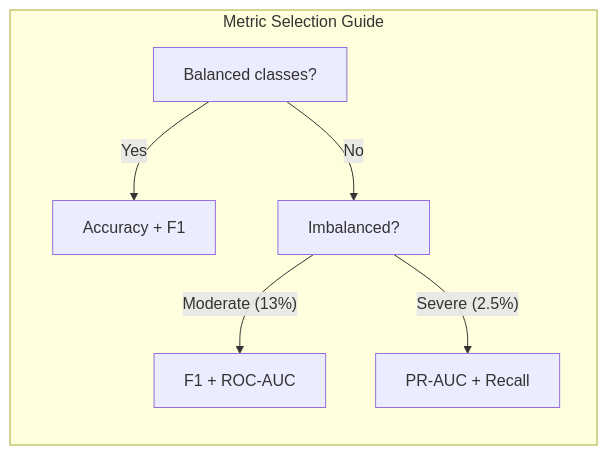
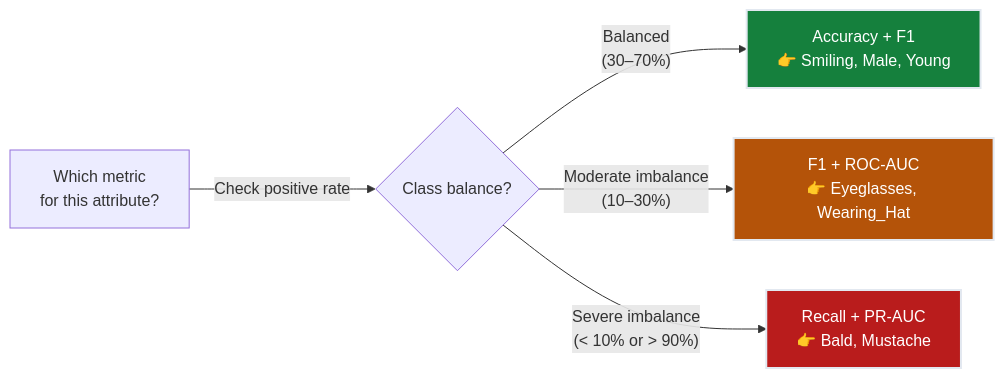
One commit to deepakshamsft/ai-portfolio changed the third of 5 diagrams in notes/ML/02_classification/ch03_metrics/README.md. Above: the diagram before and after it, drawn with Mermaid. The commit also changed other lines of this file and 41 other files, not shown here.

````diff
--- a/notes/ML/02_classification/ch03_metrics/README.md
+++ b/notes/ML/02_classification/ch03_metrics/README.md
@@ -155,9 +355,10 @@
 ```mermaid
 graph LR
-    subgraph "Metric Selection Guide"
-        A["Balanced classes?"] -->|"Yes"| B["Accuracy + F1"]
-        A -->|"No"| C["Imbalanced?"]
-        C -->|"Moderate (13%)"| D["F1 + ROC-AUC"]
-        C -->|"Severe (2.5%)"| E["PR-AUC + Recall"]
-    end
+    A["Which metric<br/>for this attribute?"] -->|"Check positive rate"| B{"Class balance?"}
+    B -->|"Balanced<br/>(30–70%)"| C["Accuracy + F1<br/>👉 Smiling, Male, Young"]
+    B -->|"Moderate imbalance<br/>(10–30%)"| D["F1 + ROC-AUC<br/>👉 Eyeglasses, Wearing_Hat"]
+    B -->|"Severe imbalance<br/>(< 10% or > 90%)"| E["Recall + PR-AUC<br/>👉 Bald, Mustache"]
+    style C fill:#15803d,stroke:#e2e8f0,stroke-width:2px,color:#ffffff
+    style D fill:#b45309,stroke:#e2e8f0,stroke-width:2px,color:#ffffff
+    style E fill:#b91c1c,stroke:#e2e8f0,stroke-width:2px,color:#ffffff
 ```
````
